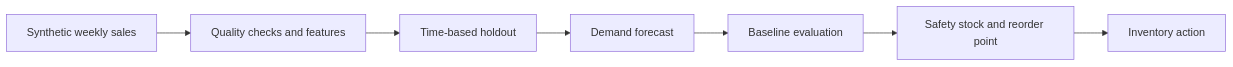
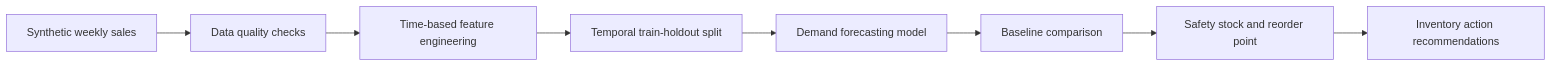
Before and after one commit to mohmalikirafli/beauty-fmcg-demand-forecasting: the diagram in README.md, drawn with Mermaid. The commit also changed other lines of this file and 14 other files, not shown here.

````diff
--- a/README.md
+++ b/README.md
@@ -23,9 +82,10 @@
 ```mermaid
 flowchart LR
-    A[Synthetic weekly sales] --> B[Quality checks and features]
-    B --> C[Time-based holdout]
-    C --> D[Demand forecast]
-    D --> E[Baseline evaluation]
-    E --> F[Safety stock and reorder point]
-    F --> G[Inventory action]
+    A[Synthetic weekly sales] --> B[Data quality checks]
+    B --> C[Time-based feature engineering]
+    C --> D[Temporal train-holdout split]
+    D --> E[Demand forecasting model]
+    E --> F[Baseline comparison]
+    F --> G[Safety stock and reorder point]
+    G --> H[Inventory action recommendations]
 ```
````
